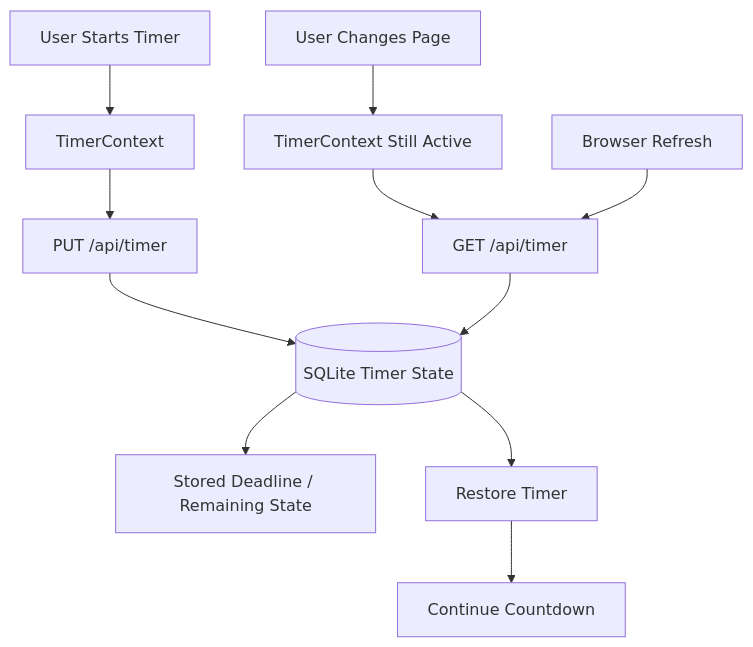
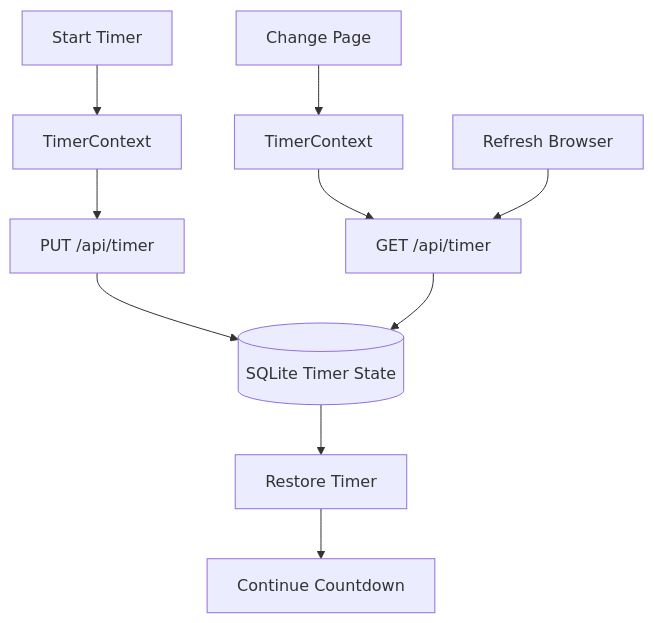
Before and after one commit to kushalshrestha303-web/BalanceBoard: the sixth of 7 diagrams in README.md, drawn with Mermaid. The commit also changed other lines of this file, not shown here.

````diff
--- a/README.md
+++ b/README.md
@@ -301,15 +275,14 @@
 ```mermaid
 flowchart TD
-    A[User Starts Timer] --> B[TimerContext]
+    A[Start Timer] --> B[TimerContext]
     B --> C[PUT /api/timer]
     C --> D[(SQLite Timer State)]
-    D --> E[Stored Deadline / Remaining State]
 
-    F[User Changes Page] --> G[TimerContext Still Active]
-    G --> H[GET /api/timer]
-    H --> D
+    E[Change Page] --> F[TimerContext]
+    F --> G[GET /api/timer]
+    G --> D
 
-    I[Browser Refresh] --> H
-    D --> J[Restore Timer]
-    J --> K[Continue Countdown]
+    H[Refresh Browser] --> G
+    D --> I[Restore Timer]
+    I --> J[Continue Countdown]
 ```
````
